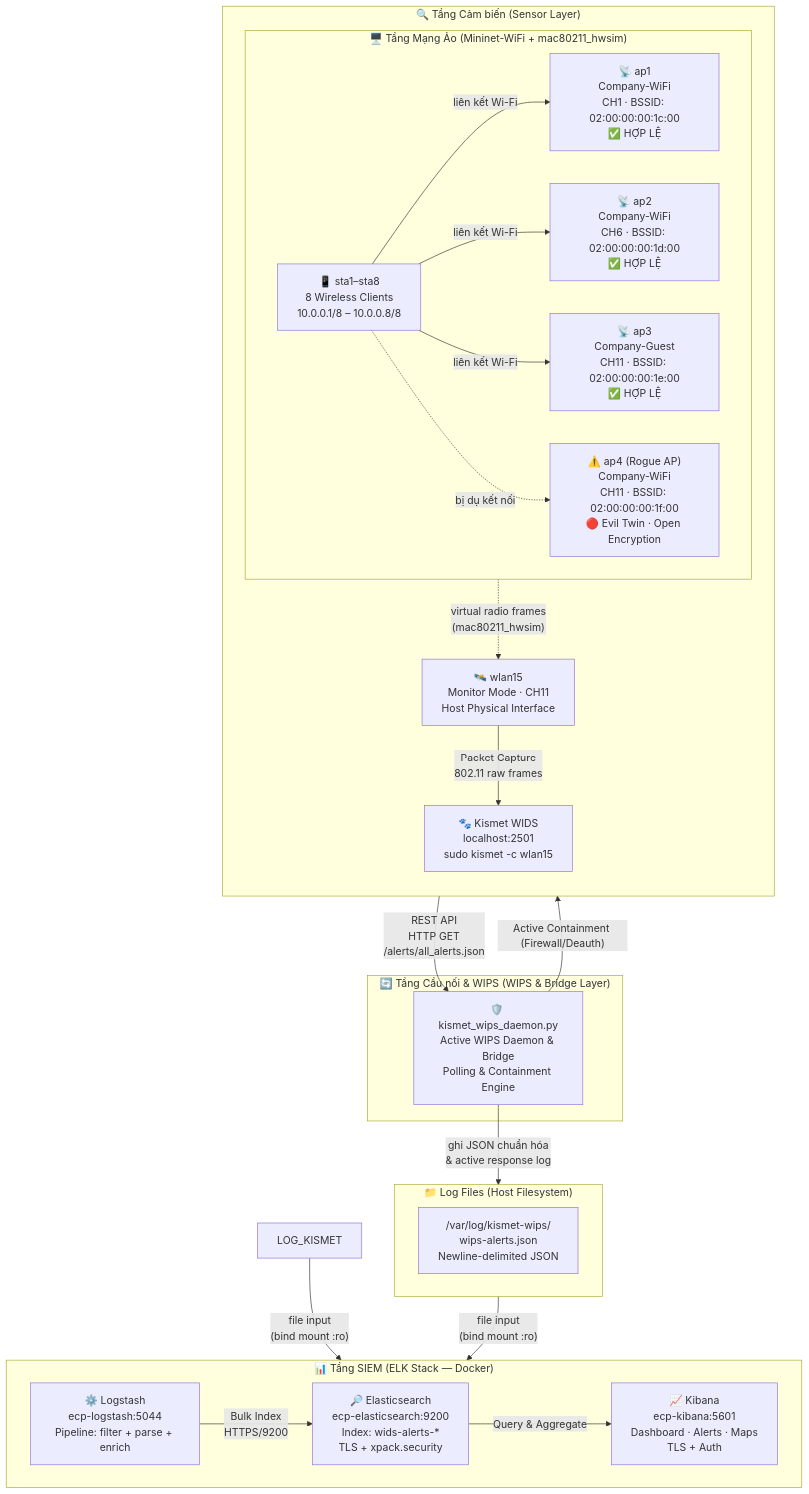
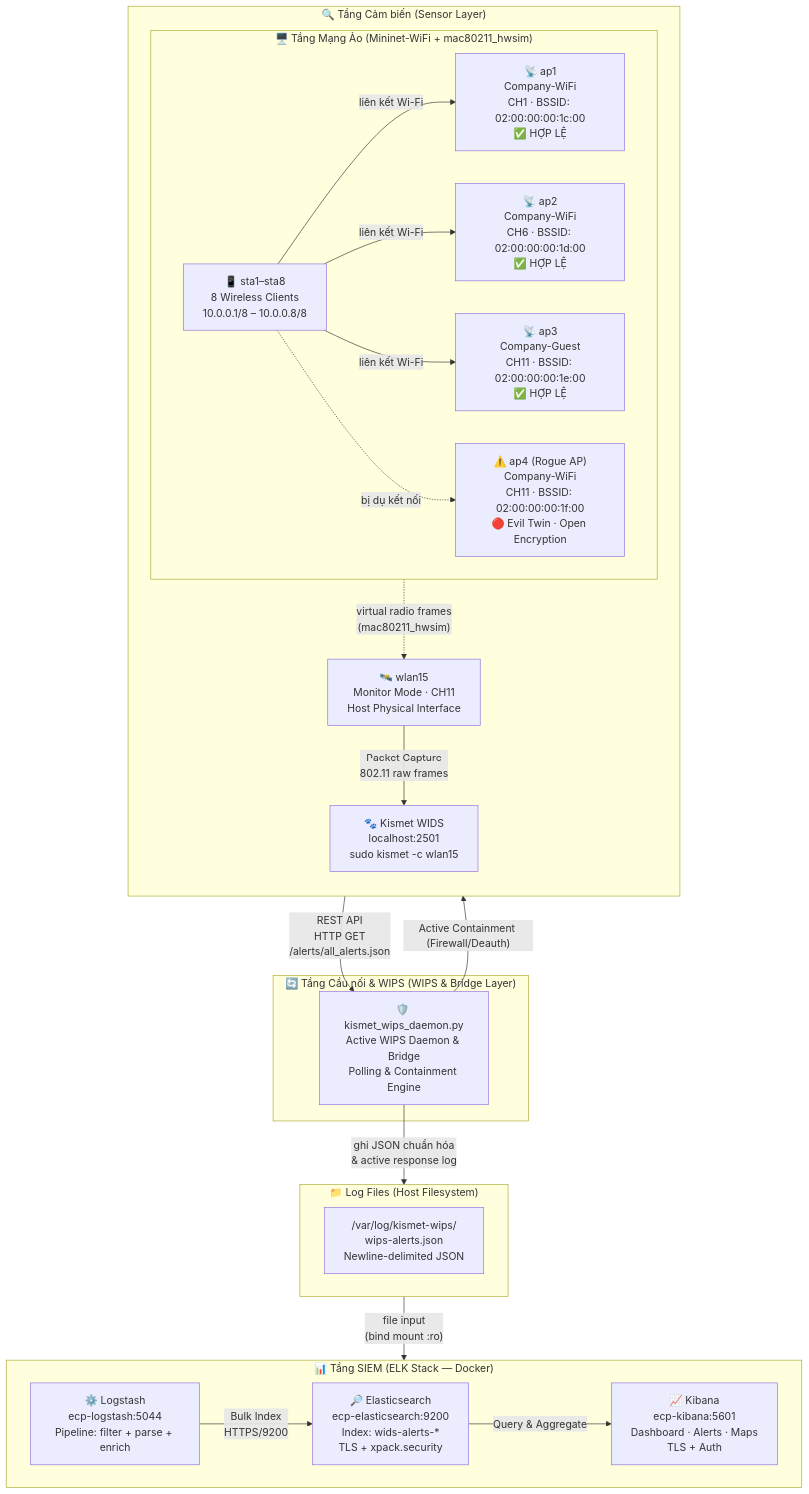
Before and after one commit to ph4n10m1808/wireless-mobile-network-security-project: the first of 7 diagrams in DATA_FLOW.md, drawn with Mermaid. The commit also changed 3 other files, not shown here.

````diff
--- a/DATA_FLOW.md
+++ b/DATA_FLOW.md
@@ -11,45 +11,44 @@
 ```mermaid
 flowchart TB
     subgraph VIRTUAL_NET["🖥️ Tầng Mạng Ảo (Mininet-WiFi + mac80211_hwsim)"]
         direction LR
         AP1["📡 ap1\nCompany-WiFi\nCH1 · BSSID: 02:00:00:00:1c:00\n✅ HỢP LỆ"]
         AP2["📡 ap2\nCompany-WiFi\nCH6 · BSSID: 02:00:00:00:1d:00\n✅ HỢP LỆ"]
         AP3["📡 ap3\nCompany-Guest\nCH11 · BSSID: 02:00:00:00:1e:00\n✅ HỢP LỆ"]
         ROGUE["⚠️ ap4 (Rogue AP)\nCompany-WiFi\nCH11 · BSSID: 02:00:00:00:1f:00\n🔴 Evil Twin · Open Encryption"]
         STA["📱 sta1–sta8\n8 Wireless Clients\n10.0.0.1/8 – 10.0.0.8/8"]
         STA -->|liên kết Wi-Fi| AP1 & AP2 & AP3
         STA -.->|bị dụ kết nối| ROGUE
     end
 
     subgraph SENSORS["🔍 Tầng Cảm biến (Sensor Layer)"]
         direction TB
         WLAN7["🛰️ wlan15\nMonitor Mode · CH11\nHost Physical Interface"]
         KISMET["🐾 Kismet WIDS\nlocalhost:2501\nsudo kismet -c wlan15"]
         WLAN7 -->|"Packet Capture\n802.11 raw frames"| KISMET
         VIRTUAL_NET -.->|"virtual radio frames\n(mac80211_hwsim)"| WLAN7
     end
 
     subgraph BRIDGE["🔄 Tầng Cầu nối & WIPS (WIPS & Bridge Layer)"]
         KISMET_WIPS["🛡️ kismet_wips_daemon.py\nActive WIPS Daemon & Bridge\nPolling & Containment Engine"]
         KISMET -->|"REST API\nHTTP GET\n/alerts/all_alerts.json"| KISMET_WIPS
         KISMET_WIPS -->|"Active Containment (Firewall/Deauth)"| VIRTUAL_NET
     end
 
     subgraph LOGS["📁 Log Files (Host Filesystem)"]
         direction LR
         LOG_WIPS["/var/log/kismet-wips/\nwips-alerts.json\nNewline-delimited JSON"]
         KISMET_WIPS -->|"ghi JSON chuẩn hóa\n& active response log"| LOG_WIPS
     end
 
     subgraph SIEM["📊 Tầng SIEM (ELK Stack — Docker)"]
         direction LR
         LOGSTASH["⚙️ Logstash\necp-logstash:5044\nPipeline: filter + parse + enrich"]
         ES["🔎 Elasticsearch\necp-elasticsearch:9200\nIndex: wids-alerts-*\nTLS + xpack.security"]
         KIBANA["📈 Kibana\necp-kibana:5601\nDashboard · Alerts · Maps\nTLS + Auth"]
         LOGSTASH -->|"Bulk Index\nHTTPS/9200"| ES
         ES -->|"Query & Aggregate"| KIBANA
     end
 
     LOG_WIPS -->|"file input\n(bind mount :ro)"| LOGSTASH
-    LOG_KISMET -->|"file input\n(bind mount :ro)"| LOGSTASH
 ```
````
